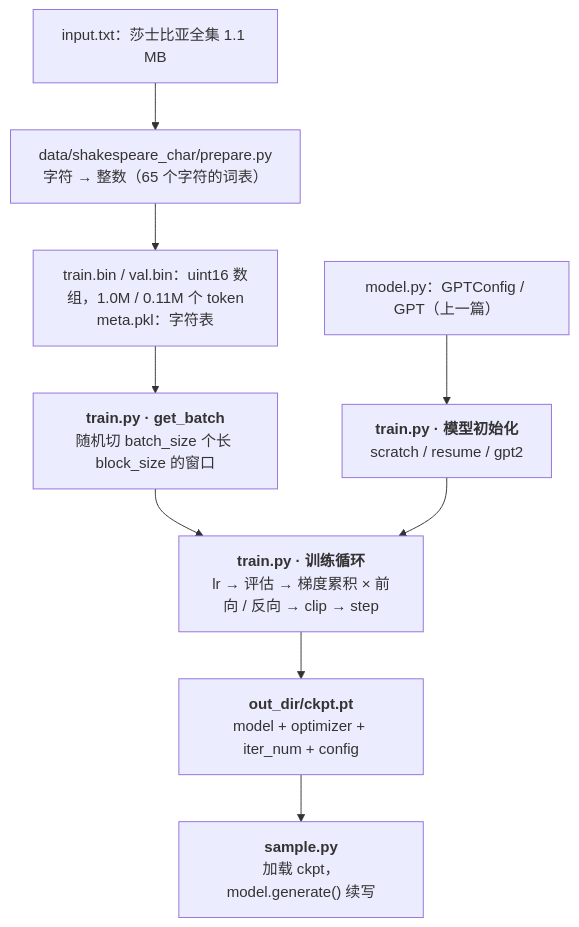
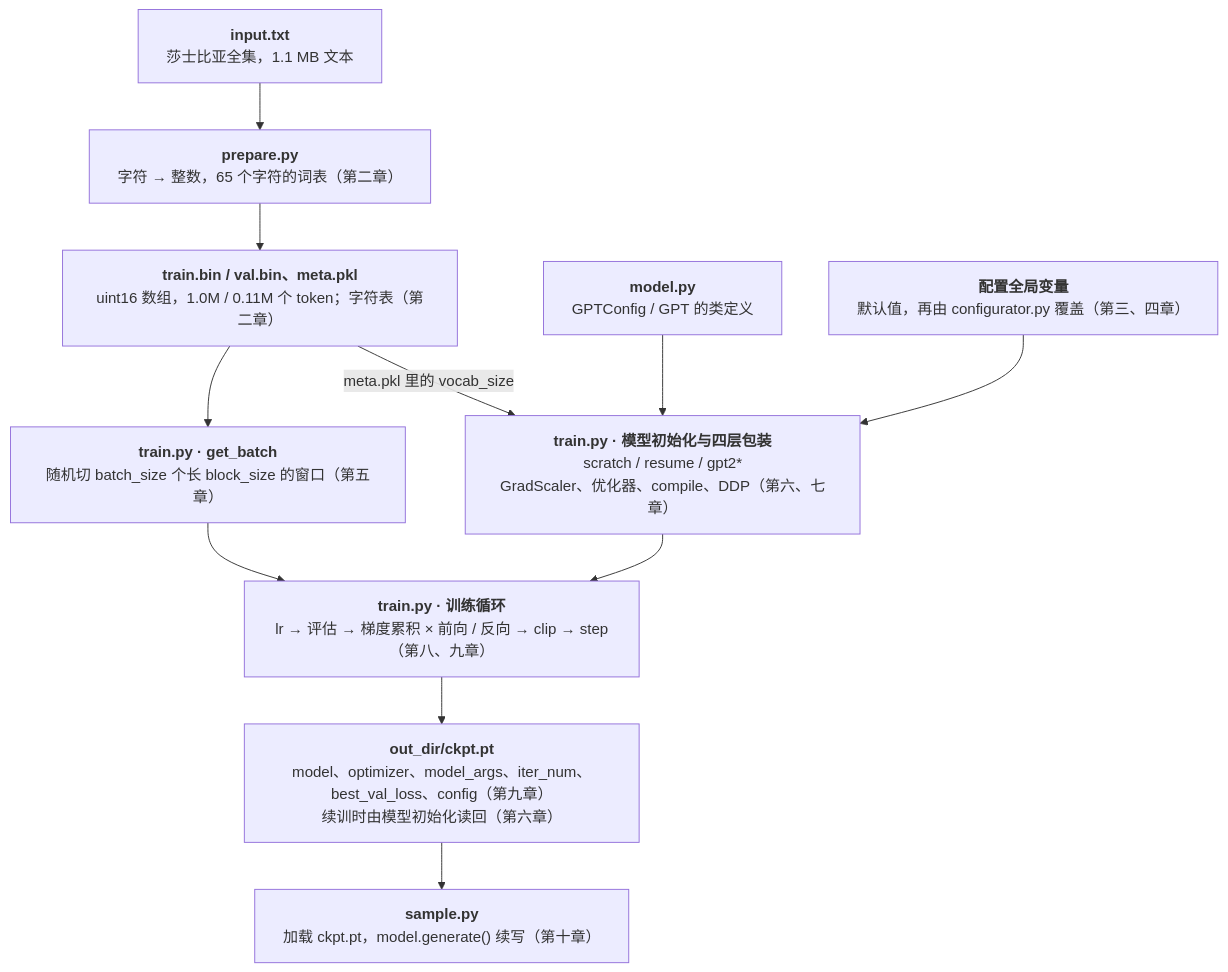
The diagram in _posts/2026-04-01-nanogpt-train-py-and-training-a-model-that-writes.md (arganzheng/arganzheng.github.com), drawn with Mermaid before and after one commit. The commit also changed other lines of this file and 6 other files, not shown here.

First line of the commit message:
Transformer 原理与实现：总览图提到各篇开头并补逐节点要点，补对象 / 产物的产生与存放表，指引改为标题链接

````diff
--- a/_posts/2026-04-01-nanogpt-train-py-and-training-a-model-that-writes.md
+++ b/_posts/2026-04-01-nanogpt-train-py-and-training-a-model-that-writes.md
@@ -23,12 +25,17 @@
 ```mermaid
-%% 图：nanoGPT 训练的三个文件：prepare.py 把文本编码成 uint16 的 train.bin / val.bin；train.py 用 get_batch 随机切窗口、按 model.py 建模型、跑训练循环并写 ckpt.pt；sample.py 读 ckpt.pt 用 generate 续写
+%%{init: {"flowchart": {"wrappingWidth": 360}}}%%
+%% 图：nanoGPT 从文本到续写的流水线：三个脚本与它们读写的文件
 flowchart TB
-    TXT["input.txt：莎士比亚全集 1.1 MB"] --> PREP["data/shakespeare_char/prepare.py<br/>字符 → 整数（65 个字符的词表）"]
-    PREP --> BIN["train.bin / val.bin：uint16 数组，1.0M / 0.11M 个 token<br/>meta.pkl：字符表"]
-    BIN --> GB["<b>train.py · get_batch</b><br/>随机切 batch_size 个长 block_size 的窗口"]
-    MODEL["model.py：GPTConfig / GPT（上一篇）"] --> INIT["<b>train.py · 模型初始化</b><br/>scratch / resume / gpt2"]
-    GB --> LOOP["<b>train.py · 训练循环</b><br/>lr → 评估 → 梯度累积 × 前向 / 反向 → clip → step"]
+    TXT["<b>input.txt</b><br/>莎士比亚全集，1.1 MB 文本"] --> PREP["<b>prepare.py</b><br/>字符 → 整数，65 个字符的词表（第二章）"]
+    PREP --> BIN["<b>train.bin / val.bin、meta.pkl</b><br/>uint16 数组，1.0M / 0.11M 个 token；字符表（第二章）"]
+    CFG["<b>配置全局变量</b><br/>默认值，再由 configurator.py 覆盖（第三、四章）"]
+    MODEL["<b>model.py</b><br/>GPTConfig / GPT 的类定义"]
+    BIN --> GB["<b>train.py · get_batch</b><br/>随机切 batch_size 个长 block_size 的窗口（第五章）"]
+    BIN -- "meta.pkl 里的 vocab_size" --> INIT["<b>train.py · 模型初始化与四层包装</b><br/>scratch / resume / gpt2*<br/>GradScaler、优化器、compile、DDP（第六、七章）"]
+    MODEL --> INIT
+    CFG --> INIT
+    GB --> LOOP["<b>train.py · 训练循环</b><br/>lr → 评估 → 梯度累积 × 前向 / 反向 → clip → step（第八、九章）"]
     INIT --> LOOP
-    LOOP --> CKPT["<b>out_dir/ckpt.pt</b><br/>model + optimizer + iter_num + config"]
-    CKPT --> SAMPLE["<b>sample.py</b><br/>加载 ckpt，model.generate() 续写"]
+    LOOP --> CKPT["<b>out_dir/ckpt.pt</b><br/>model、optimizer、model_args、iter_num、best_val_loss、config（第九章）<br/>续训时由模型初始化读回（第六章）"]
+    CKPT --> SAMPLE["<b>sample.py</b><br/>加载 ckpt.pt，model.generate() 续写（第十章）"]
 ```
````
